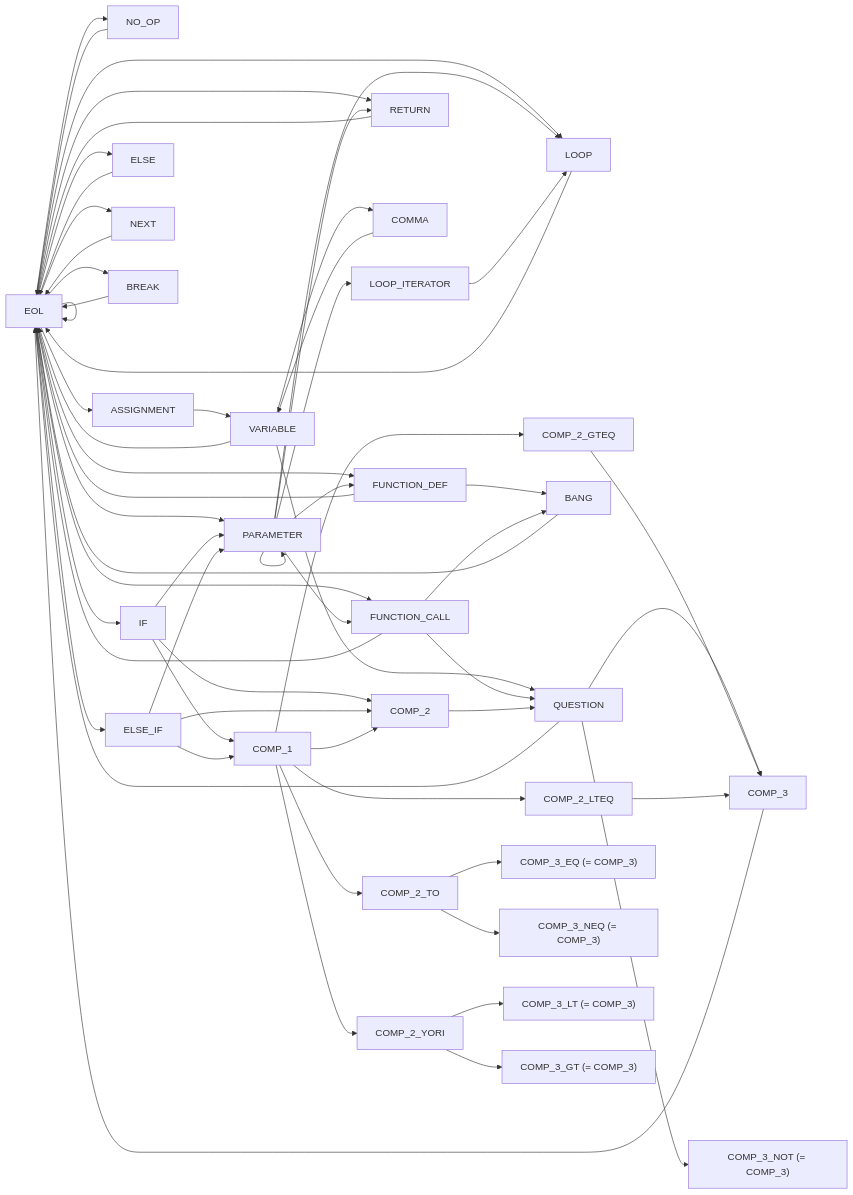
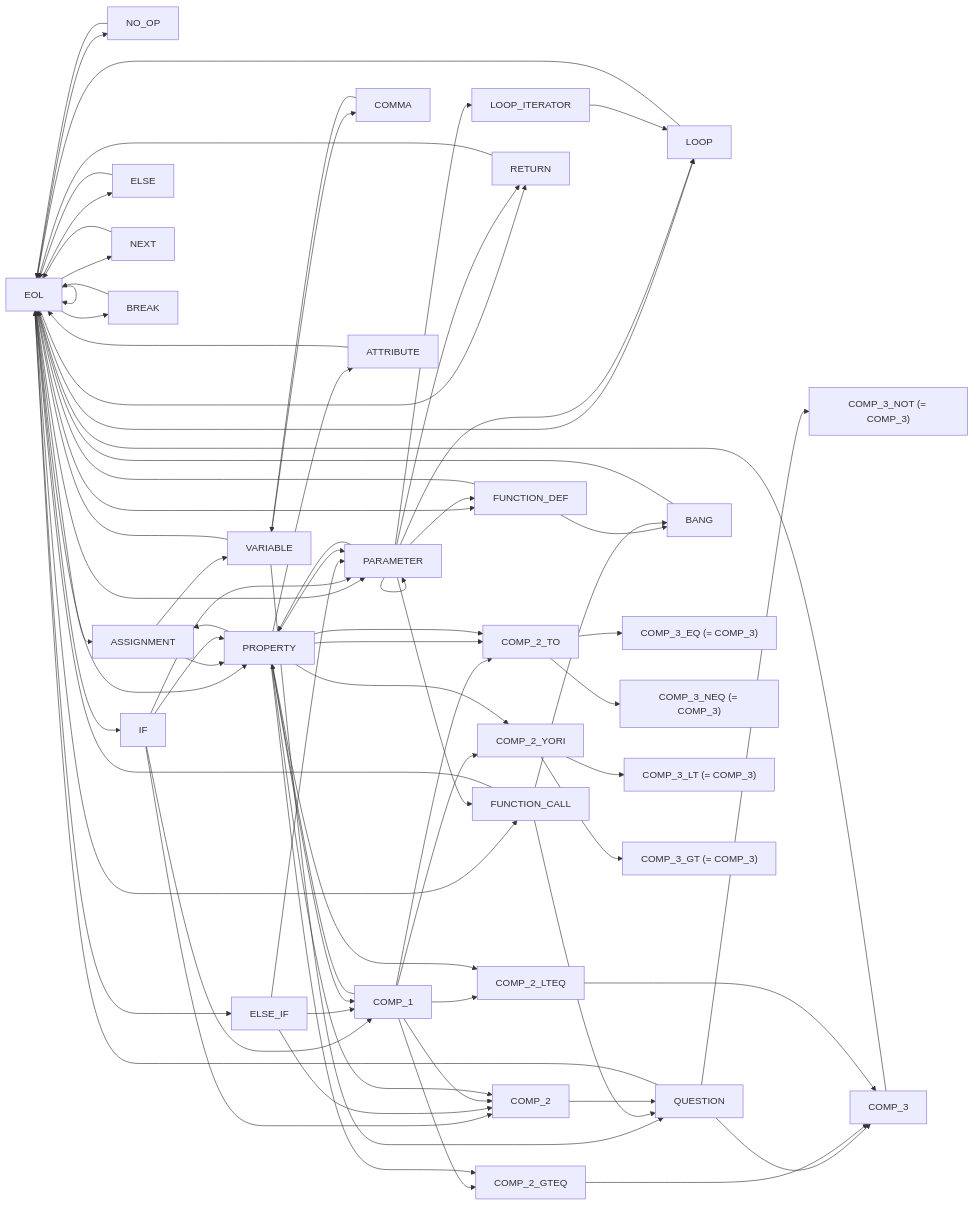
The diagram in documentation/nfsm.md (rewhowe/snapdragon), drawn with Mermaid before and after one commit. The commit also changed 2 other files, not shown here.

Commit message:
update nfsm; add some token comments; fix small bug in syntax

````diff
--- a/documentation/nfsm.md
+++ b/documentation/nfsm.md
@@ -17,8 +17,10 @@
   EOL --> LOOP
   EOL --> NEXT
   EOL --> BREAK
+  EOL --> PROPERTY
 
   ASSIGNMENT --> VARIABLE
+  ASSIGNMENT --> PROPERTY
 
   VARIABLE --> EOL
   VARIABLE --> QUESTION
@@ -30,6 +32,7 @@
   PARAMETER --> RETURN
   PARAMETER --> LOOP_ITERATOR
   PARAMETER --> LOOP
+  PARAMETER --> PROPERTY
 
   FUNCTION_DEF --> EOL
   FUNCTION_DEF --> BANG
@@ -53,6 +56,7 @@
   IF --> PARAMETER
   IF --> COMP_1
   IF --> COMP_2
+  IF --> PROPERTY
 
   ELSE_IF --> PARAMETER
   ELSE_IF --> COMP_1
@@ -65,6 +69,7 @@
   COMP_1 --> COMP_2_YORI
   COMP_1 --> COMP_2_GTEQ
   COMP_1 --> COMP_2_LTEQ
+  COMP_1 --> PROPERTY
 
   COMP_2 --> QUESTION
 
@@ -84,4 +89,17 @@
   LOOP --> EOL
   NEXT --> EOL
   BREAK --> EOL
+
+  PROPERTY --> ASSIGNMENT
+  PROPERTY --> PARAMETER
+  PROPERTY --> ATTRIBUTE
+  PROPERTY --> COMP_1
+  PROPERTY --> COMP_2
+  PROPERTY --> COMP_2_TO
+  PROPERTY --> COMP_2_TO
+  PROPERTY --> COMP_2_YORI
+  PROPERTY --> COMP_2_GTEQ
+  PROPERTY --> COMP_2_LTEQ
+
+  ATTRIBUTE --> EOL
 ```
````
